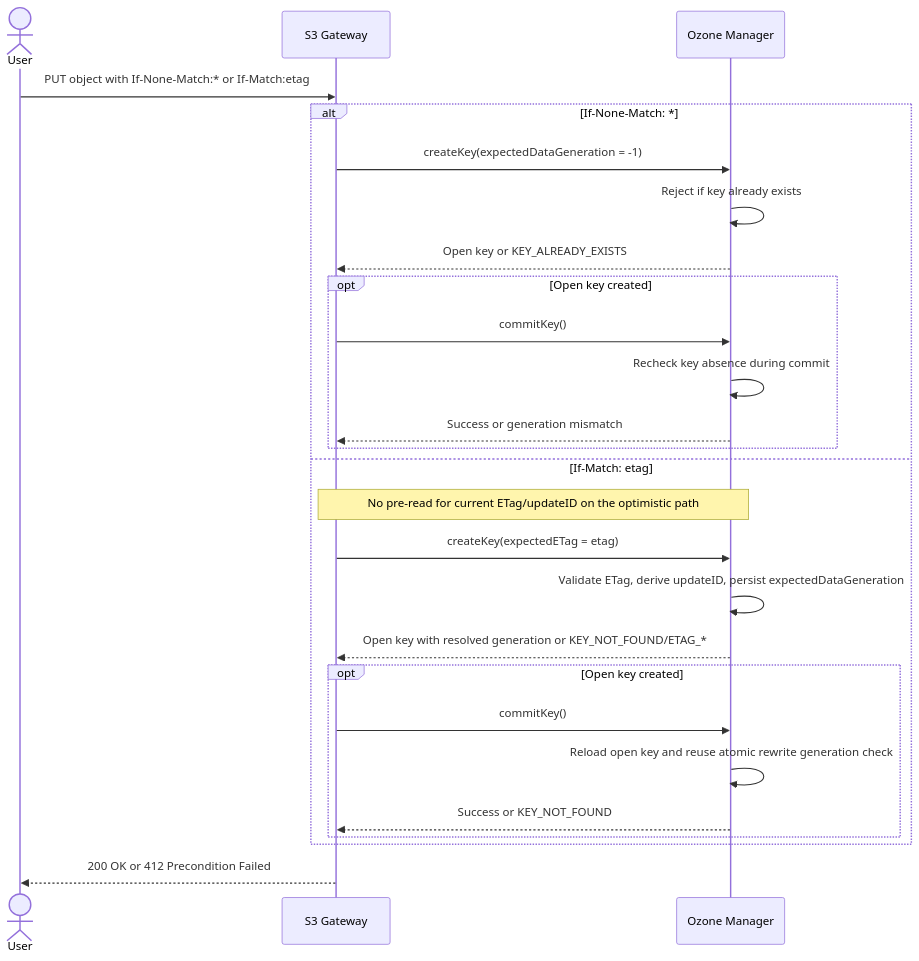
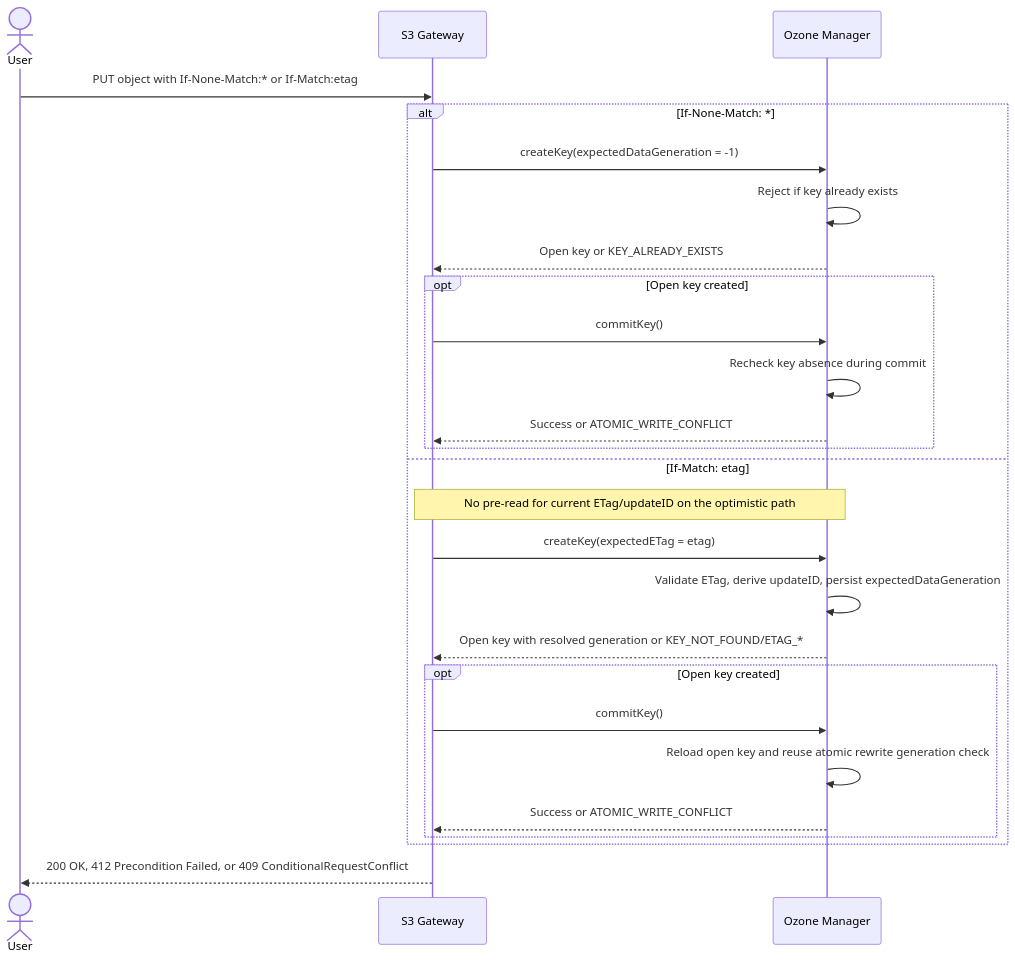
One commit to peterxcli/ozone changed the first of 5 diagrams in hadoop-hdds/docs/content/design/s3-conditional-requests.md. Above: the diagram before and after it, drawn with Mermaid. The commit also changed other lines of this file, not shown here.

Commit message:
update s3 conditional request to include the concurrent conflict detection

````diff
--- a/hadoop-hdds/docs/content/design/s3-conditional-requests.md
+++ b/hadoop-hdds/docs/content/design/s3-conditional-requests.md
@@ -248,29 +251,29 @@
 ```mermaid
 sequenceDiagram
     actor User
     participant GW as S3 Gateway
     participant OM as Ozone Manager
 
     User->>GW: PUT object with If-None-Match:* or If-Match:etag
     alt If-None-Match: *
         GW->>OM: createKey(expectedDataGeneration = -1)
         OM->>OM: Reject if key already exists
         OM-->>GW: Open key or KEY_ALREADY_EXISTS
         opt Open key created
             GW->>OM: commitKey()
             OM->>OM: Recheck key absence during commit
-            OM-->>GW: Success or generation mismatch
+            OM-->>GW: Success or ATOMIC_WRITE_CONFLICT
         end
     else If-Match: etag
         Note over GW,OM: No pre-read for current ETag/updateID on the optimistic path
         GW->>OM: createKey(expectedETag = etag)
         OM->>OM: Validate ETag, derive updateID, persist expectedDataGeneration
         OM-->>GW: Open key with resolved generation or KEY_NOT_FOUND/ETAG_*
         opt Open key created
             GW->>OM: commitKey()
             OM->>OM: Reload open key and reuse atomic rewrite generation check
-            OM-->>GW: Success or KEY_NOT_FOUND
+            OM-->>GW: Success or ATOMIC_WRITE_CONFLICT
         end
     end
-    GW-->>User: 200 OK or 412 Precondition Failed
+    GW-->>User: 200 OK, 412 Precondition Failed, or 409 ConditionalRequestConflict
 ```
````
